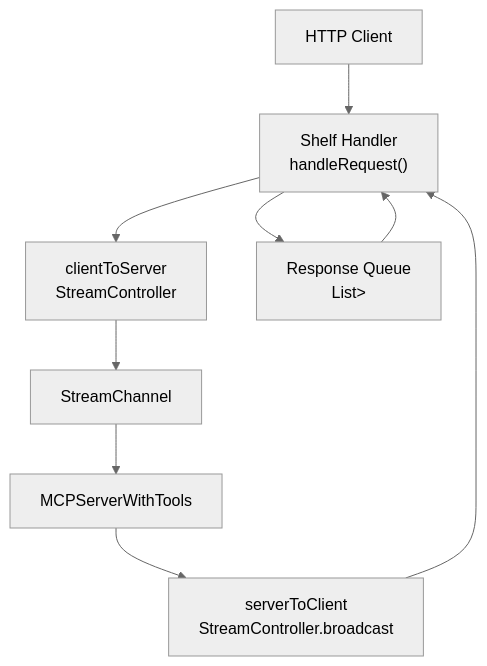
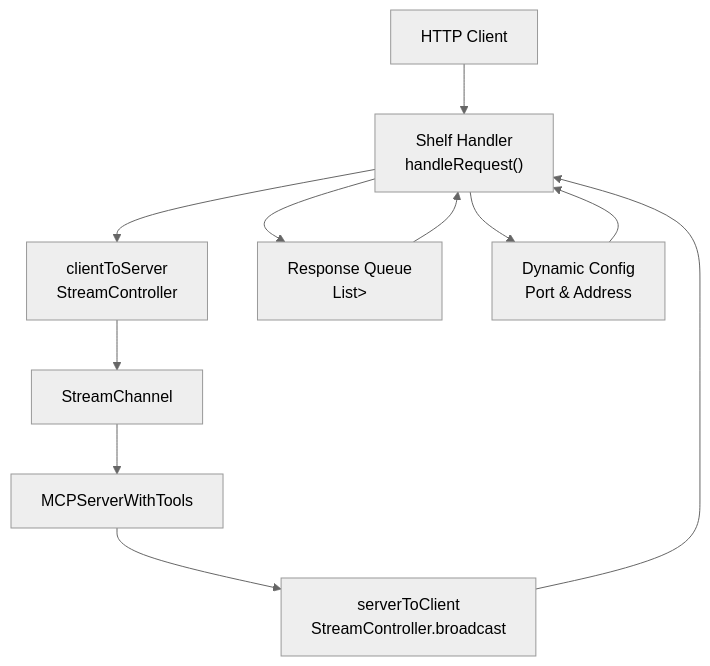
Before and after one commit to cdavis-code/easy_mcp_workspace: the second of 11 diagrams in .qoder/repowiki/en/content/Transport Implementations/HTTP Transport.md, drawn with Mermaid (neutral theme). The commit also changed other lines of this file and 14 other files, not shown here.

````diff
--- a/.qoder/repowiki/en/content/Transport Implementations/HTTP Transport.md
+++ b/.qoder/repowiki/en/content/Transport Implementations/HTTP Transport.md
@@ -103,18 +118,21 @@
 ```mermaid
 graph TB
 Client["HTTP Client"]
 Shelf["Shelf Handler<br/>handleRequest()"]
 SC1["clientToServer<br/>StreamController<String>"]
 SC2["serverToClient<br/>StreamController<String>.broadcast"]
 Channel["StreamChannel<String>"]
 MCP["MCPServerWithTools"]
 Queue["Response Queue<br/>List<Completer<String>>"]
+Config["Dynamic Config<br/>Port & Address"]
 Client --> Shelf
+Shelf --> Config
+Config --> Shelf
 Shelf --> SC1
 SC1 --> Channel
 Channel --> MCP
 MCP --> SC2
 SC2 --> Shelf
 Shelf --> Queue
 Queue --> Shelf
 ```
````
